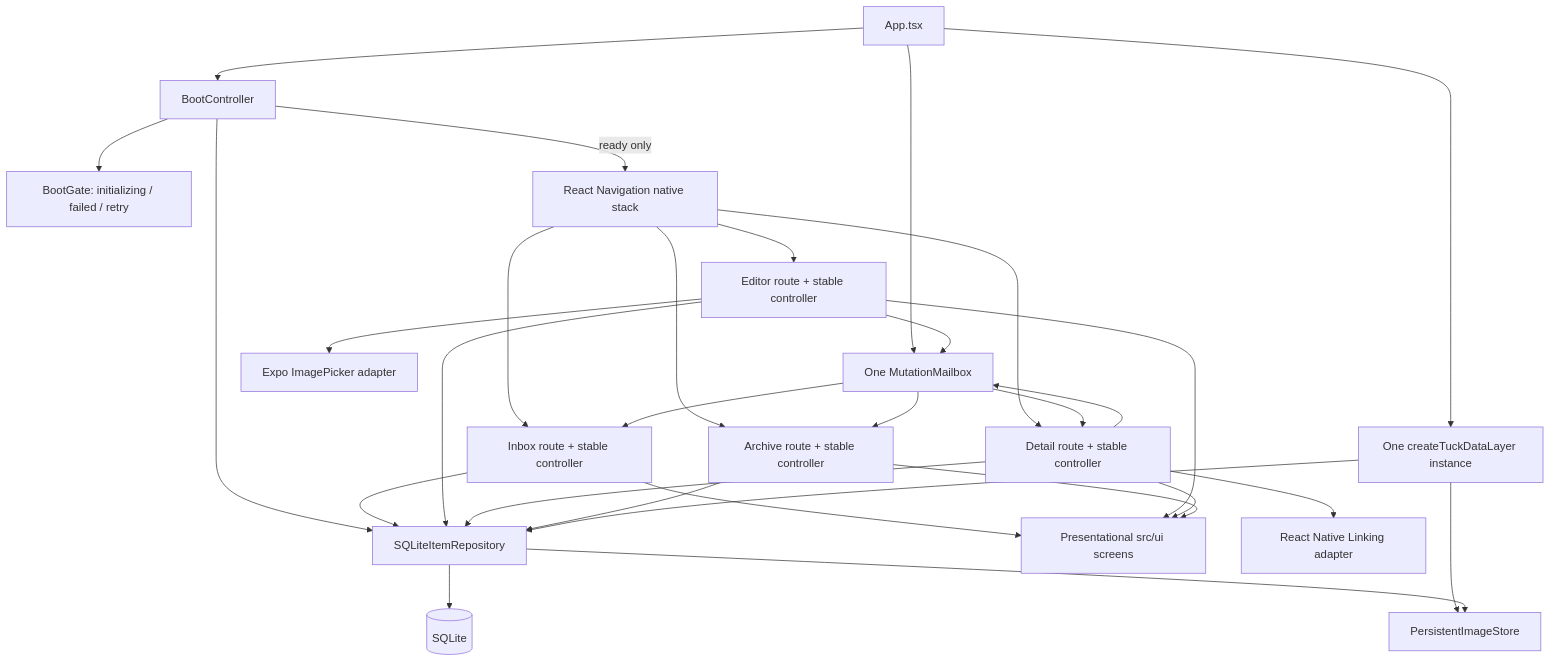
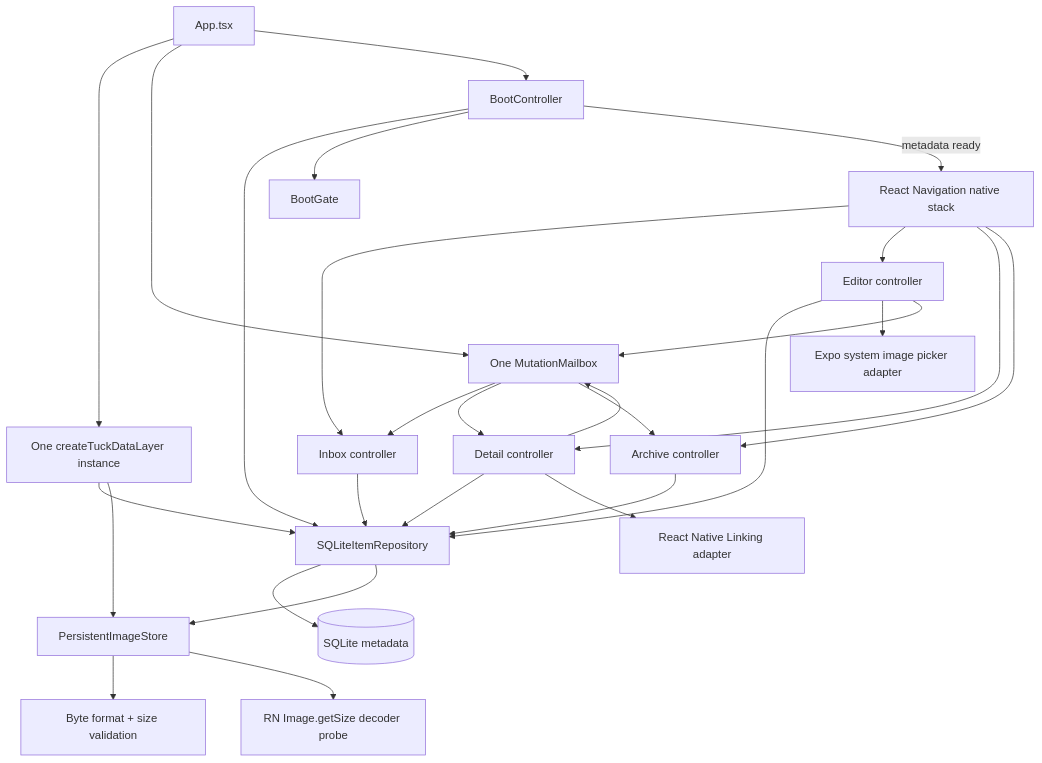
Before and after one commit to Kush110807/Tuck: the diagram in docs/architecture.md, drawn with Mermaid. The commit also changed other lines of this file and 32 other files, not shown here.

````diff
--- a/docs/architecture.md
+++ b/docs/architecture.md
@@ -3,37 +3,35 @@
 ```mermaid
 flowchart TD
   App[App.tsx] --> DL[One createTuckDataLayer instance]
   App --> MB[One MutationMailbox]
   App --> Boot[BootController]
   Boot --> Repo[SQLiteItemRepository]
-  Boot --> Gate[BootGate: initializing / failed / retry]
-  Boot -->|ready only| Nav[React Navigation native stack]
+  Boot --> Gate[BootGate]
+  Boot -->|metadata ready| Nav[React Navigation native stack]
 
-  Nav --> Inbox[Inbox route + stable controller]
-  Nav --> Editor[Editor route + stable controller]
-  Nav --> Detail[Detail route + stable controller]
-  Nav --> Archive[Archive route + stable controller]
-
-  Inbox --> UI[Presentational src/ui screens]
-  Editor --> UI
-  Detail --> UI
-  Archive --> UI
+  Nav --> Inbox[Inbox controller]
+  Nav --> Editor[Editor controller]
+  Nav --> Detail[Detail controller]
+  Nav --> Archive[Archive controller]
 
   Inbox --> Repo
   Editor --> Repo
   Detail --> Repo
   Archive --> Repo
 
   DL --> Repo
   DL --> Images[PersistentImageStore]
-  Repo --> DB[(SQLite)]
+  Repo --> DB[(SQLite metadata)]
   Repo --> Images
-  Editor --> Picker[Expo ImagePicker adapter]
+  Images --> Bytes[Byte format + size validation]
+  Images --> Decoder[RN Image.getSize decoder probe]
+
+  Editor --> Picker[Expo system image picker adapter]
   Detail --> Browser[React Native Linking adapter]
 
   Editor --> MB
   Detail --> MB
   MB --> Inbox
   MB --> Detail
   MB --> Archive
 ```
````
